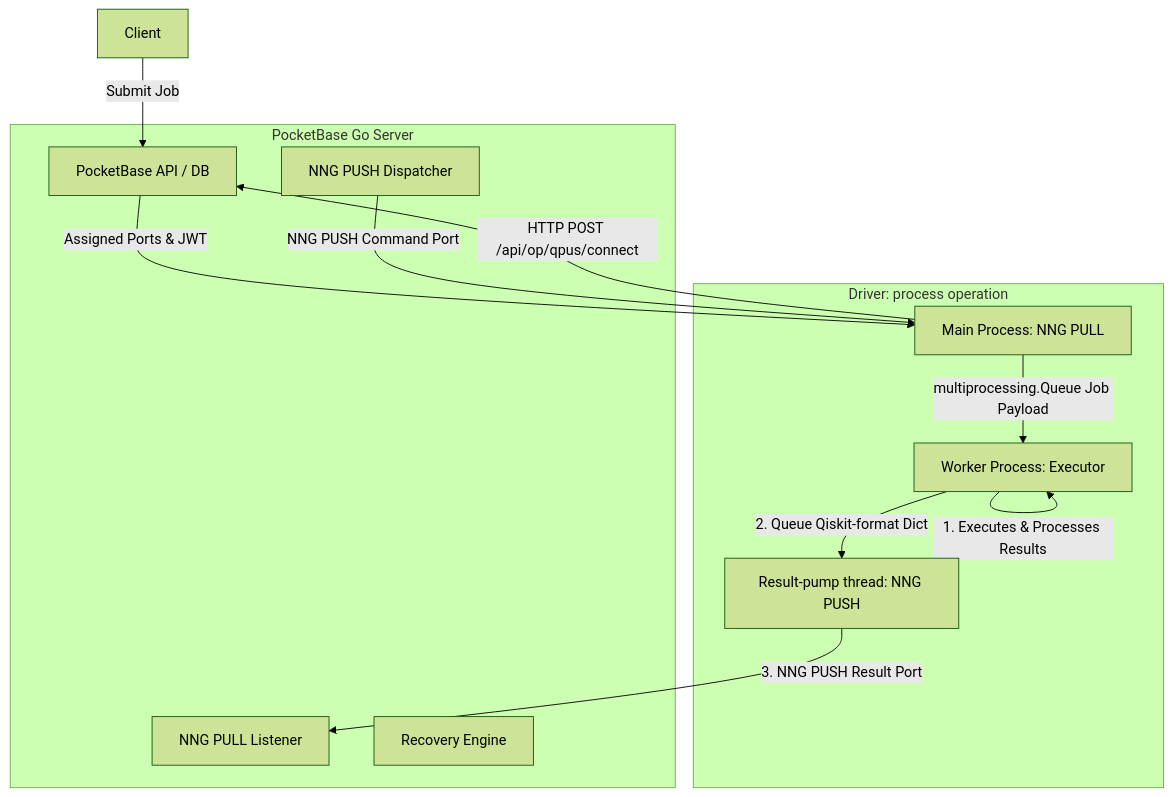
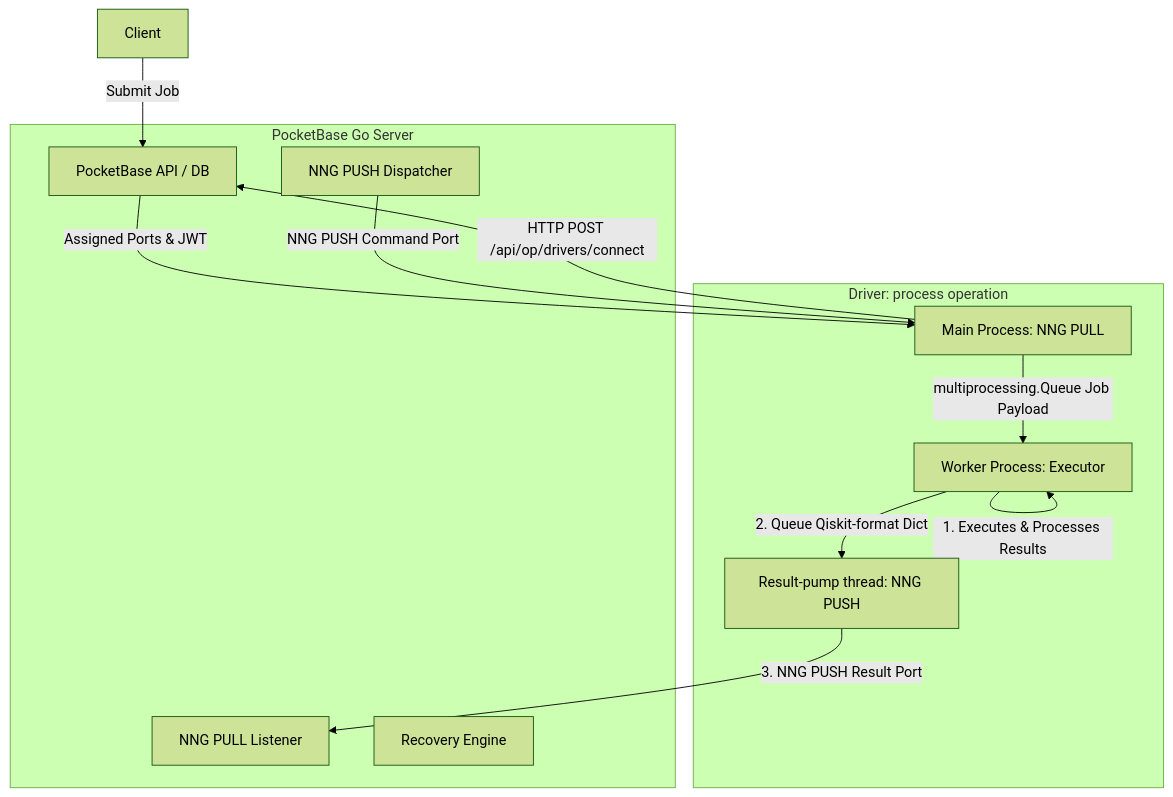
The second of 2 diagrams in README.md (ch-ahindura/qpi), drawn with Mermaid (forest theme) before and after one commit. The commit also changed other lines of this file and 12 other files, not shown here.

````diff
--- a/README.md
+++ b/README.md
@@ -170,29 +170,29 @@
 ```mermaid
 graph TD
     subgraph pocketbase [PocketBase Go Server]
         PB[PocketBase API / DB]
         Dispatcher[NNG PUSH Dispatcher]
         Listener[NNG PULL Listener]
         Recovery[Recovery Engine]
     end
 
     subgraph python_driver [Driver: process operation]
         MainProc[Main Process: NNG PULL]
         Worker[Worker Process: Executor]
         ResultSender[Result-pump thread: NNG PUSH]
     end
 
     %% Client Interactions
     User[Client] -->|Submit Job| PB
     
     %% Handshake & Connection
-    MainProc -->|HTTP POST /api/op/qpus/connect| PB
+    MainProc -->|HTTP POST /api/op/drivers/connect| PB
     PB -->|Assigned Ports & JWT| MainProc
     
     %% Multiprocessing Communication
     Dispatcher -->|NNG PUSH Command Port| MainProc
     MainProc -->|multiprocessing.Queue Job Payload| Worker
     Worker -->|1. Executes & Processes Results| Worker
     Worker -->|2. Queue Qiskit-format Dict| ResultSender
     ResultSender -->|3. NNG PUSH Result Port| Listener
 ```
````
